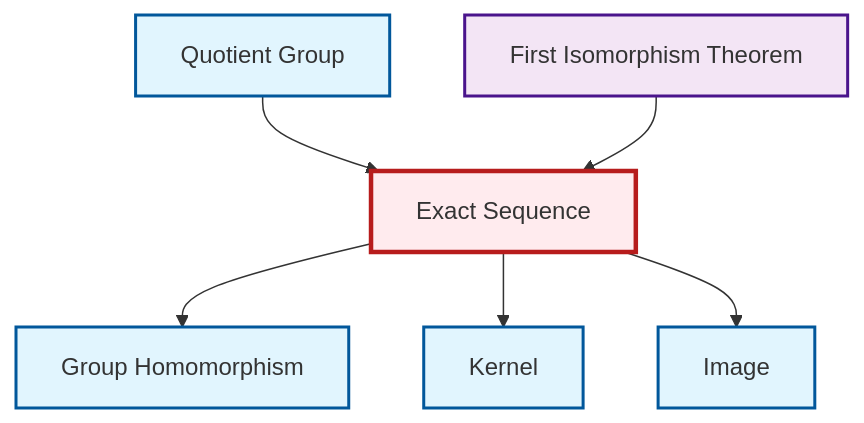
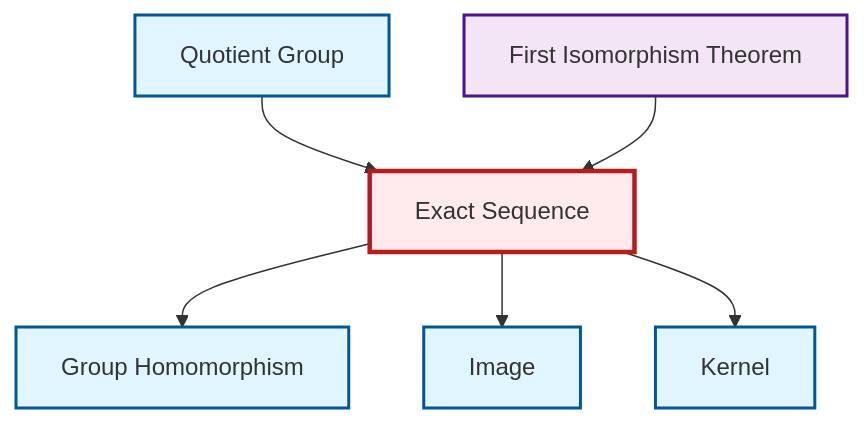
One commit to RK0429/ModernMath changed the diagram in output/mermaid/en/def-exact-sequence.mermaid. Above: the diagram before and after it, drawn with Mermaid. The commit also changed other lines of this file and 3094 other files, not shown here.

```diff
--- a/output/mermaid/en/def-exact-sequence.mermaid
+++ b/output/mermaid/en/def-exact-sequence.mermaid
@@ -1,18 +1,18 @@
 graph TD
     classDef definition fill:#e1f5fe,stroke:#01579b,stroke-width:2px
     classDef theorem fill:#f3e5f5,stroke:#4a148c,stroke-width:2px
     classDef axiom fill:#fff3e0,stroke:#e65100,stroke-width:2px
     classDef example fill:#e8f5e9,stroke:#1b5e20,stroke-width:2px
     classDef current fill:#ffebee,stroke:#b71c1c,stroke-width:3px
+    def-homomorphism["Group Homomorphism"]:::definition
     def-exact-sequence["Exact Sequence"]:::definition
     def-image["Image"]:::definition
+    def-quotient-group["Quotient Group"]:::definition
     def-kernel["Kernel"]:::definition
-    def-homomorphism["Group Homomorphism"]:::definition
     thm-first-isomorphism["First Isomorphism Theorem"]:::theorem
-    def-quotient-group["Quotient Group"]:::definition
+    def-exact-sequence --> def-homomorphism
+    def-exact-sequence --> def-image
     def-quotient-group --> def-exact-sequence
-    def-exact-sequence --> def-homomorphism
     thm-first-isomorphism --> def-exact-sequence
     def-exact-sequence --> def-kernel
-    def-exact-sequence --> def-image
     class def-exact-sequence current
```
